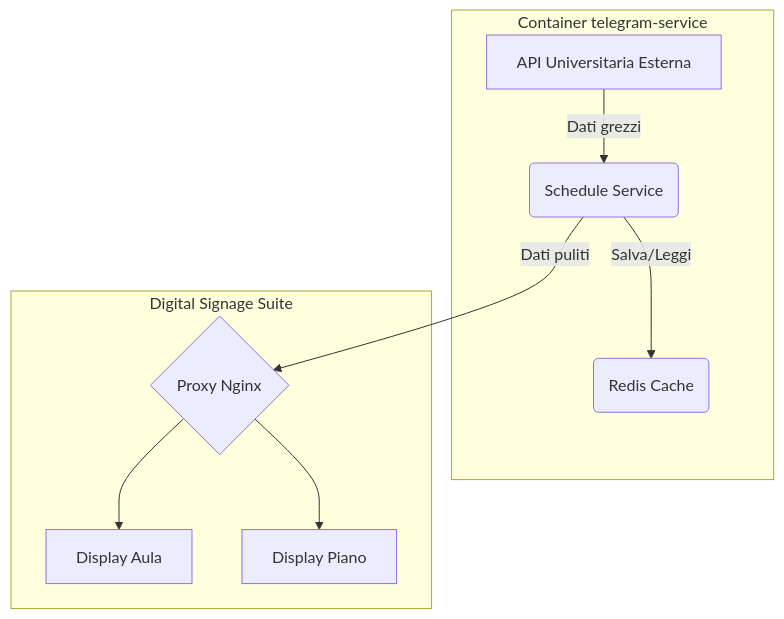
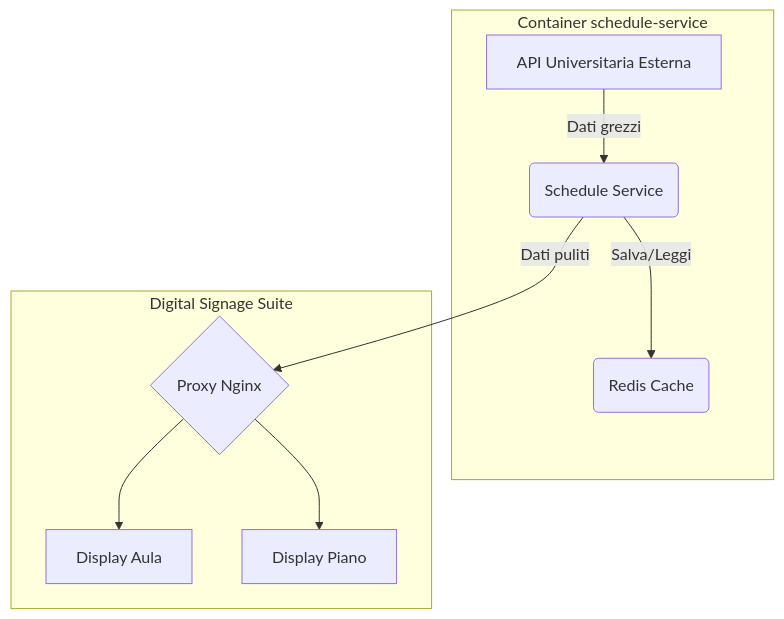
One commit to Mantineo-Massimo/schedule-service changed the diagram in README.md. Above: the diagram before and after it, drawn with Mermaid.

Commit message:
fix: Correct subgraph label in architecture diagram to accurately reflect service name

````diff
--- a/README.md
+++ b/README.md
@@ -50,14 +50,14 @@
 ```mermaid
 graph TD
 
-    subgraph Container telegram-service
+    subgraph Container schedule-service
       A[API Universitaria Esterna] -->|Dati grezzi| B(Schedule Service);
       B -->|Salva/Leggi| C(Redis Cache);
     end 
 
     subgraph "Digital Signage Suite"
       B -->|Dati puliti| D{Proxy Nginx};
       D --> E[Display Aula];
       D --> F[Display Piano];
     end
 ```
````
